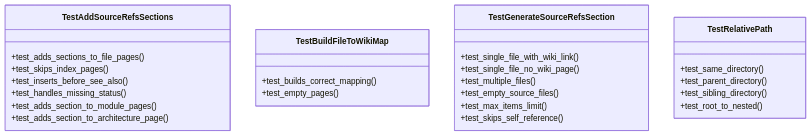
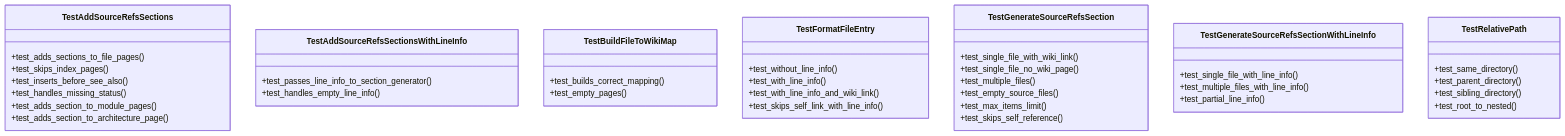
One commit to UrbanDiver/local-deepwiki-mcp changed the first of 2 diagrams in .deepwiki/files/tests/test_source_refs.md. Above: the diagram before and after it, drawn with Mermaid. The commit also changed other lines of this file and 29 other files, not shown here.

Commit message:
Regenerate wiki with enhanced diagram features

````diff
--- a/.deepwiki/files/tests/test_source_refs.md
+++ b/.deepwiki/files/tests/test_source_refs.md
@@ -306,29 +500,44 @@
 ```mermaid
 classDiagram
     class TestAddSourceRefsSections {
         +test_adds_sections_to_file_pages()
         +test_skips_index_pages()
         +test_inserts_before_see_also()
         +test_handles_missing_status()
         +test_adds_section_to_module_pages()
         +test_adds_section_to_architecture_page()
     }
+    class TestAddSourceRefsSectionsWithLineInfo {
+        +test_passes_line_info_to_section_generator()
+        +test_handles_empty_line_info()
+    }
     class TestBuildFileToWikiMap {
         +test_builds_correct_mapping()
         +test_empty_pages()
+    }
+    class TestFormatFileEntry {
+        +test_without_line_info()
+        +test_with_line_info()
+        +test_with_line_info_and_wiki_link()
+        +test_skips_self_link_with_line_info()
     }
     class TestGenerateSourceRefsSection {
         +test_single_file_with_wiki_link()
         +test_single_file_no_wiki_page()
         +test_multiple_files()
         +test_empty_source_files()
         +test_max_items_limit()
         +test_skips_self_reference()
     }
+    class TestGenerateSourceRefsSectionWithLineInfo {
+        +test_single_file_with_line_info()
+        +test_multiple_files_with_line_info()
+        +test_partial_line_info()
+    }
     class TestRelativePath {
         +test_same_directory()
         +test_parent_directory()
         +test_sibling_directory()
         +test_root_to_nested()
     }
 ```
````
